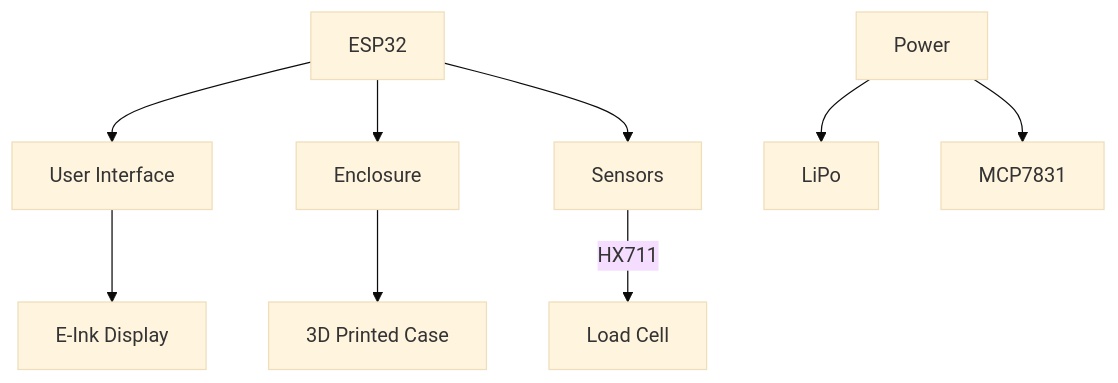
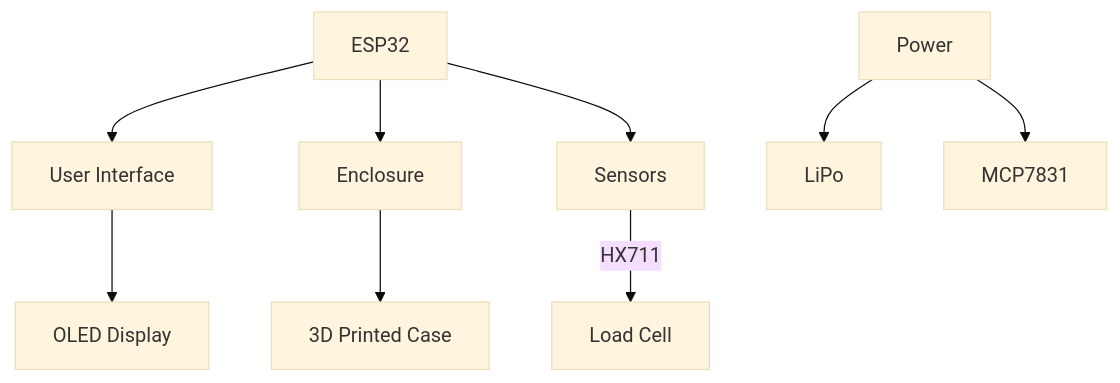
The diagram in documentation/DesignDecisions.md (BTrujillo816/coffee-scale), drawn with Mermaid (base theme) before and after one commit. The commit also changed 2 other files, not shown here.

````diff
--- a/documentation/DesignDecisions.md
+++ b/documentation/DesignDecisions.md
@@ -18,10 +18,10 @@
 ```mermaid 
 flowchart TD
     A[ESP32] 
     B[Power]
-    A -->C[User Interface] --> D[E-Ink Display] 
+    A -->C[User Interface] --> D[OLED Display] 
     A -->E[Enclosure] --> F[3D Printed Case]
     A -->G[Sensors] --> |HX711|I[Load Cell] 
     B -->K[LiPo]
     B -->L[MCP7831]
 ```
````
